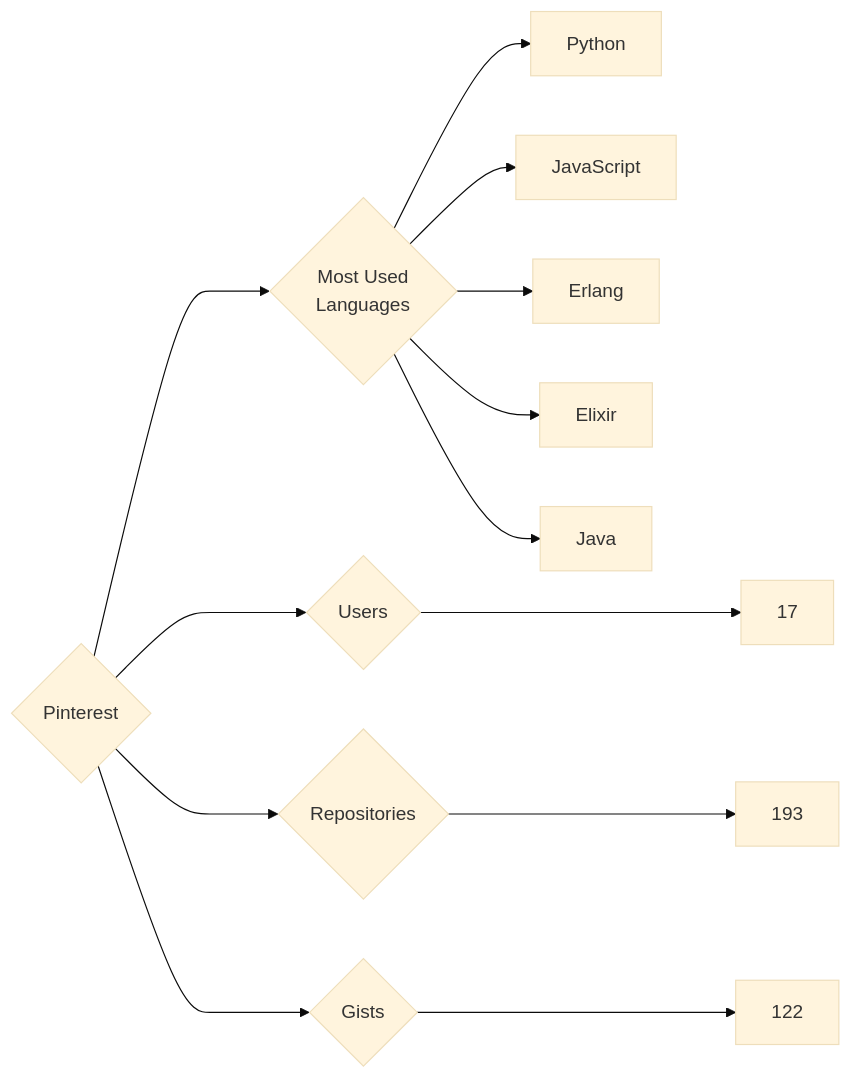
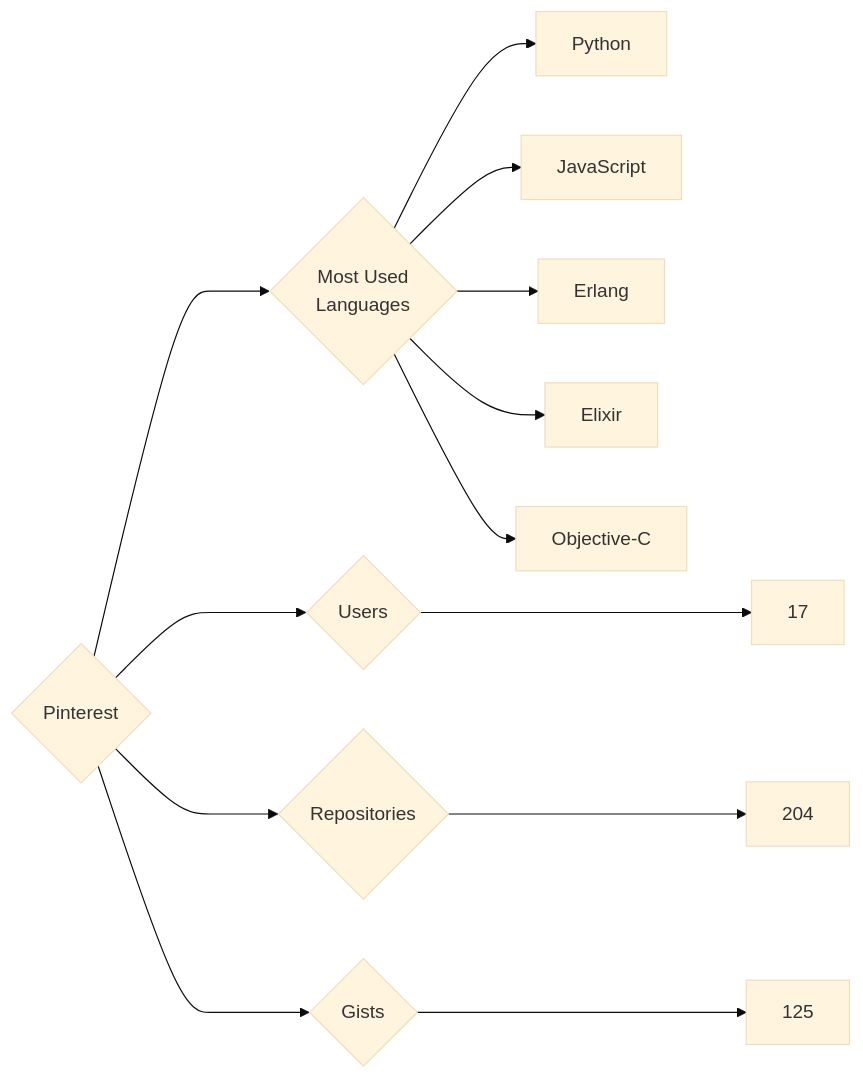
One commit to trickest/insiders changed the diagram in targets/Pinterest/README.md. Above: the diagram before and after it, drawn with Mermaid (base theme). The commit also changed 955 other files, not shown here.

````diff
--- a/targets/Pinterest/README.md
+++ b/targets/Pinterest/README.md
@@ -3,13 +3,13 @@
 ```mermaid
 graph LR
 COMPANY_NAME{Pinterest}
 COMPANY_NAME ---> U{Users} ---> UN[17]
-COMPANY_NAME ---> R{Repositories} ---> RN[193]
-COMPANY_NAME ---> G{Gists} ---> GN[122]
+COMPANY_NAME ---> R{Repositories} ---> RN[204]
+COMPANY_NAME ---> G{Gists} ---> GN[125]
 COMPANY_NAME ---> ML{Most Used<br>Languages}
 ML --> Python[Python]
 ML --> JavaScript[JavaScript]
 ML --> Erlang[Erlang]
 ML --> Elixir[Elixir]
-ML --> Java[Java]
+ML --> Objective-C[Objective-C]
 ```
````
